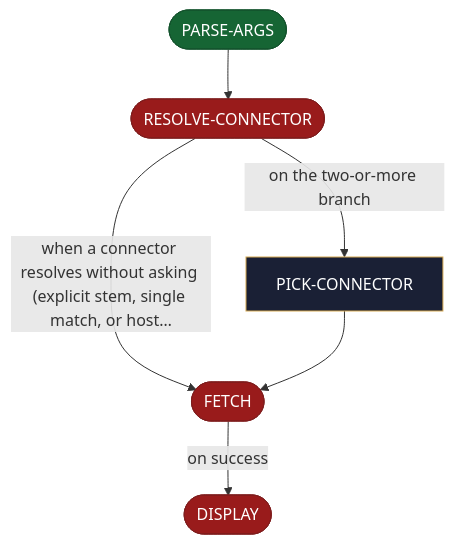
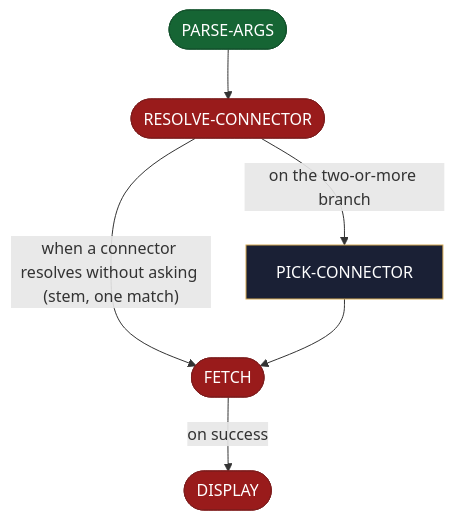
The diagram in site/src/content/docs/skills/aid-read-ticket.md (AndreVianna/aid-methodology), drawn with Mermaid before and after one commit. The commit also changed 253 other files, not shown here.

````diff
--- a/site/src/content/docs/skills/aid-read-ticket.md
+++ b/site/src/content/docs/skills/aid-read-ticket.md
@@ -22,29 +22,29 @@
 ```mermaid
 flowchart TB
   classDef aidNode color:#fff
   classDef aidEntry fill:#166534,stroke:#14532d,color:#fff
   classDef aidExit fill:#991b1b,stroke:#7f1d1d,color:#fff
   classDef aidDecision fill:#92400e,stroke:#78350f,color:#fff
   classDef aidLoopBack fill:#1e3a8a,stroke:#1e3a8a,color:#fff
   classDef aidStep fill:#1a2035,stroke:#d4a853,color:#f1f5f9
   n1(["PARSE-ARGS"])
   n2(["RESOLVE-CONNECTOR"])
   n3["PICK-CONNECTOR"]
   n4(["FETCH"])
   n5(["DISPLAY"])
   n1 --> n2
   n2 -->|"on the two-or-more branch"| n3
-  n2 -->|"when a connector resolves without asking (explicit stem, single match, or host…"| n4
+  n2 -->|"when a connector resolves without asking (stem, one match)"| n4
   n3 --> n4
   n4 -->|"on success"| n5
   class n1 aidEntry
   class n2 aidExit
   class n3 aidStep
   class n4 aidExit
   class n5 aidExit
   class n1 aidNode
   class n2 aidNode
   class n3 aidNode
   class n4 aidNode
   class n5 aidNode
 ```
````
